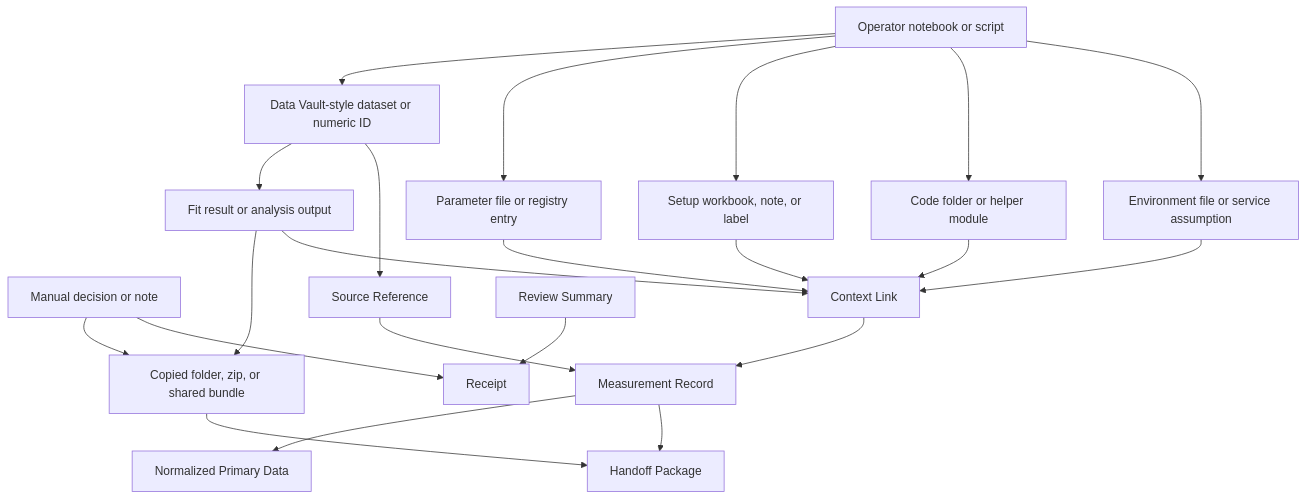
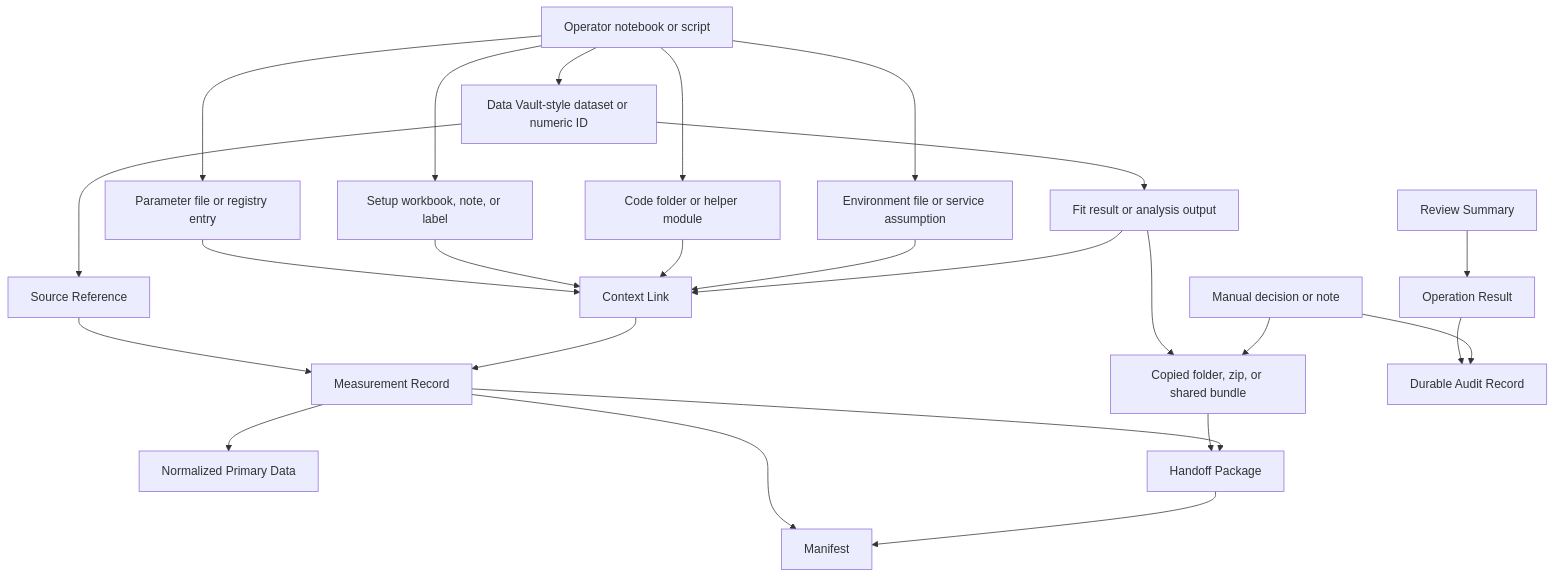
Before and after one commit to kahojyun/scopecat: the diagram in docs/architecture/domain-model.md, drawn with Mermaid. The commit also changed other lines of this file and 2 other files, not shown here.

Commit message:
Refine architecture docs to split receipt into result, audit, and manif

````diff
--- a/docs/architecture/domain-model.md
+++ b/docs/architecture/domain-model.md
@@ -83,43 +85,48 @@
 ```mermaid
 flowchart TD
   Notebook["Operator notebook or script"]
   LegacyData["Data Vault-style dataset or numeric ID"]
   ParamFile["Parameter file or registry entry"]
   SetupNote["Setup workbook, note, or label"]
   CodeFolder["Code folder or helper module"]
   EnvFile["Environment file or service assumption"]
   Analysis["Fit result or analysis output"]
   Shared["Copied folder, zip, or shared bundle"]
   Manual["Manual decision or note"]
 
   MR["Measurement Record"]
   NPD["Normalized Primary Data"]
   Src["Source Reference"]
   Ctx["Context Link"]
   Review["Review Summary"]
-  Receipt["Receipt"]
+  Result["Operation Result"]
+  Audit["Durable Audit Record"]
+  Manifest["Manifest"]
   Package["Handoff Package"]
 
   Notebook --> LegacyData
   Notebook --> ParamFile
   Notebook --> SetupNote
   Notebook --> CodeFolder
   Notebook --> EnvFile
   LegacyData --> Analysis
   Analysis --> Shared
   Manual --> Shared
 
   LegacyData --> Src
   Shared --> Package
   Src --> MR
   MR --> NPD
   ParamFile --> Ctx
   SetupNote --> Ctx
   CodeFolder --> Ctx
   EnvFile --> Ctx
   Analysis --> Ctx
   Ctx --> MR
-  Review --> Receipt
-  Manual --> Receipt
+  Review --> Result
+  Result --> Audit
+  Manual --> Audit
+  MR --> Manifest
+  Package --> Manifest
   MR --> Package
 ```
````
